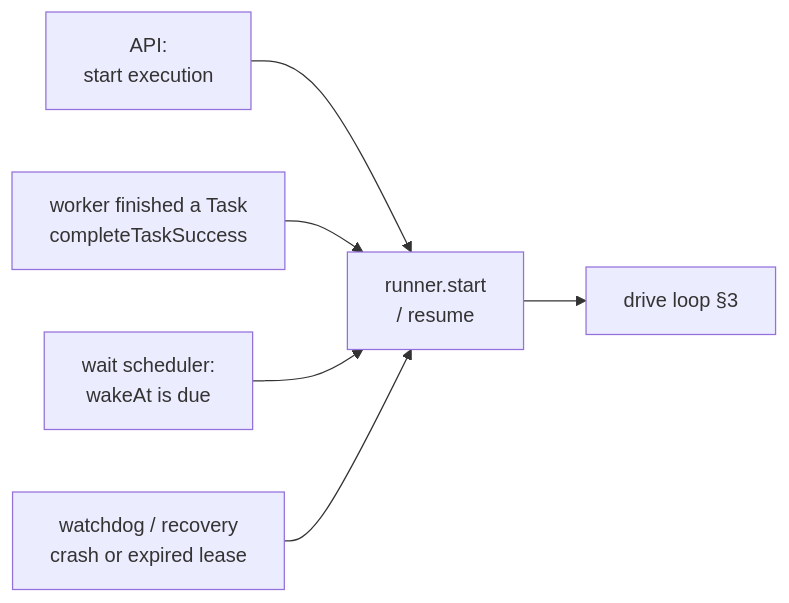
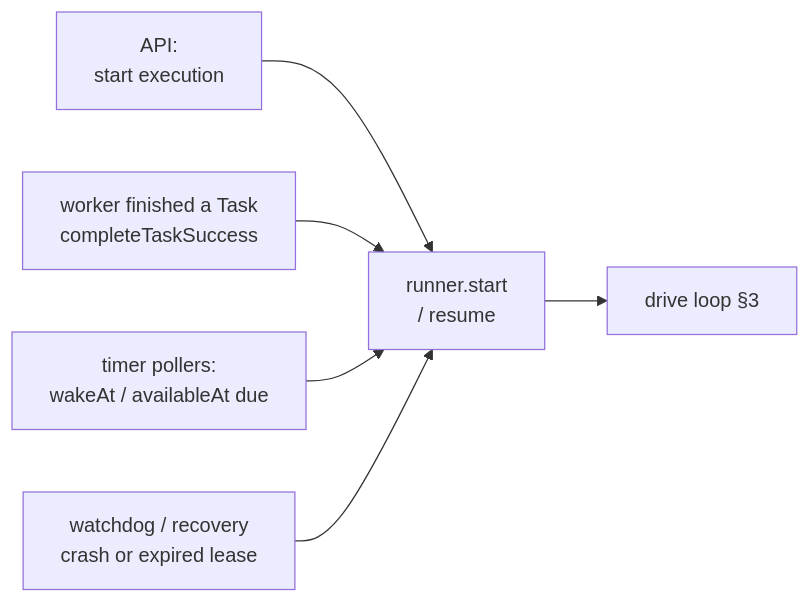
Before and after one commit to harshithrao07/voyager: the second of 6 diagrams in docs/interpreter.md, drawn with Mermaid. The commit also changed other lines of this file and 35 other files, not shown here.

````diff
--- a/docs/interpreter.md
+++ b/docs/interpreter.md
@@ -101,8 +101,8 @@
 ```mermaid
 flowchart LR
     API["API:<br/>start execution"] --> R["runner.start<br/>/ resume"]
     W["worker finished a Task<br/>completeTaskSuccess"] --> R
-    T["wait scheduler:<br/>wakeAt is due"] --> R
+    T["timer pollers:<br/>wakeAt / availableAt due"] --> R
     WD["watchdog / recovery<br/>crash or expired lease"] --> R
     R --> D["drive loop §3"]
 ```
````
